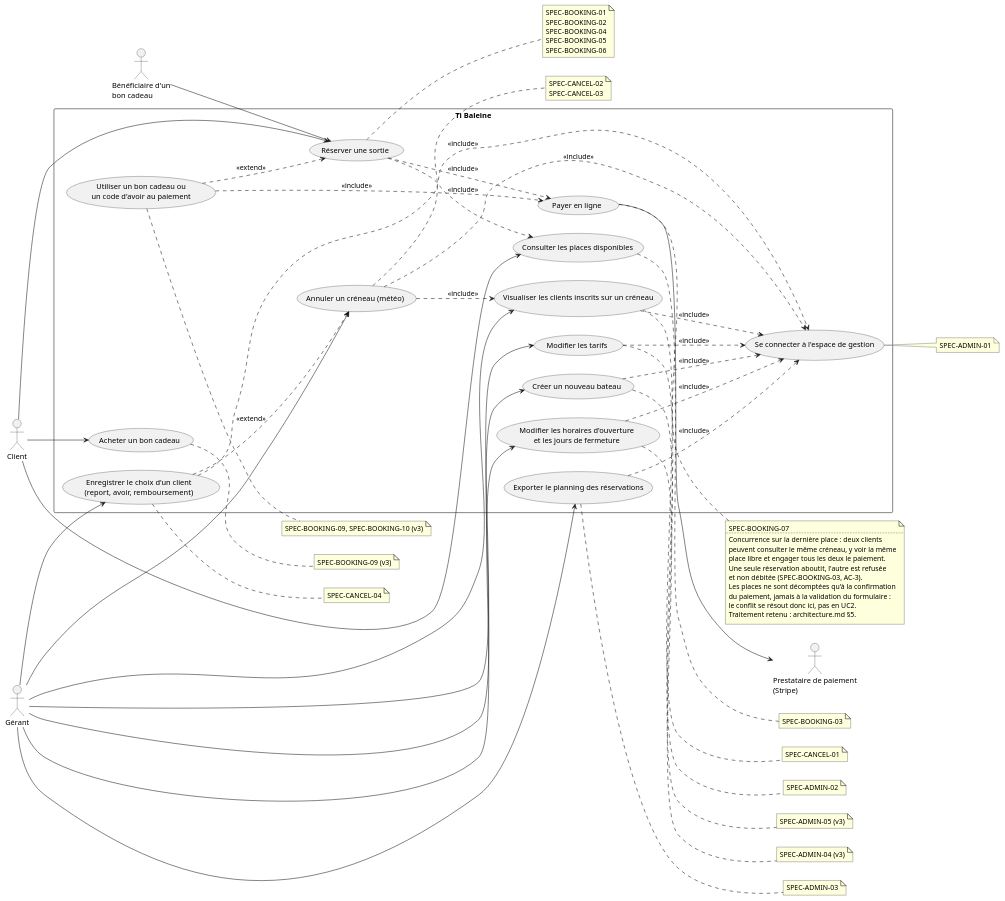
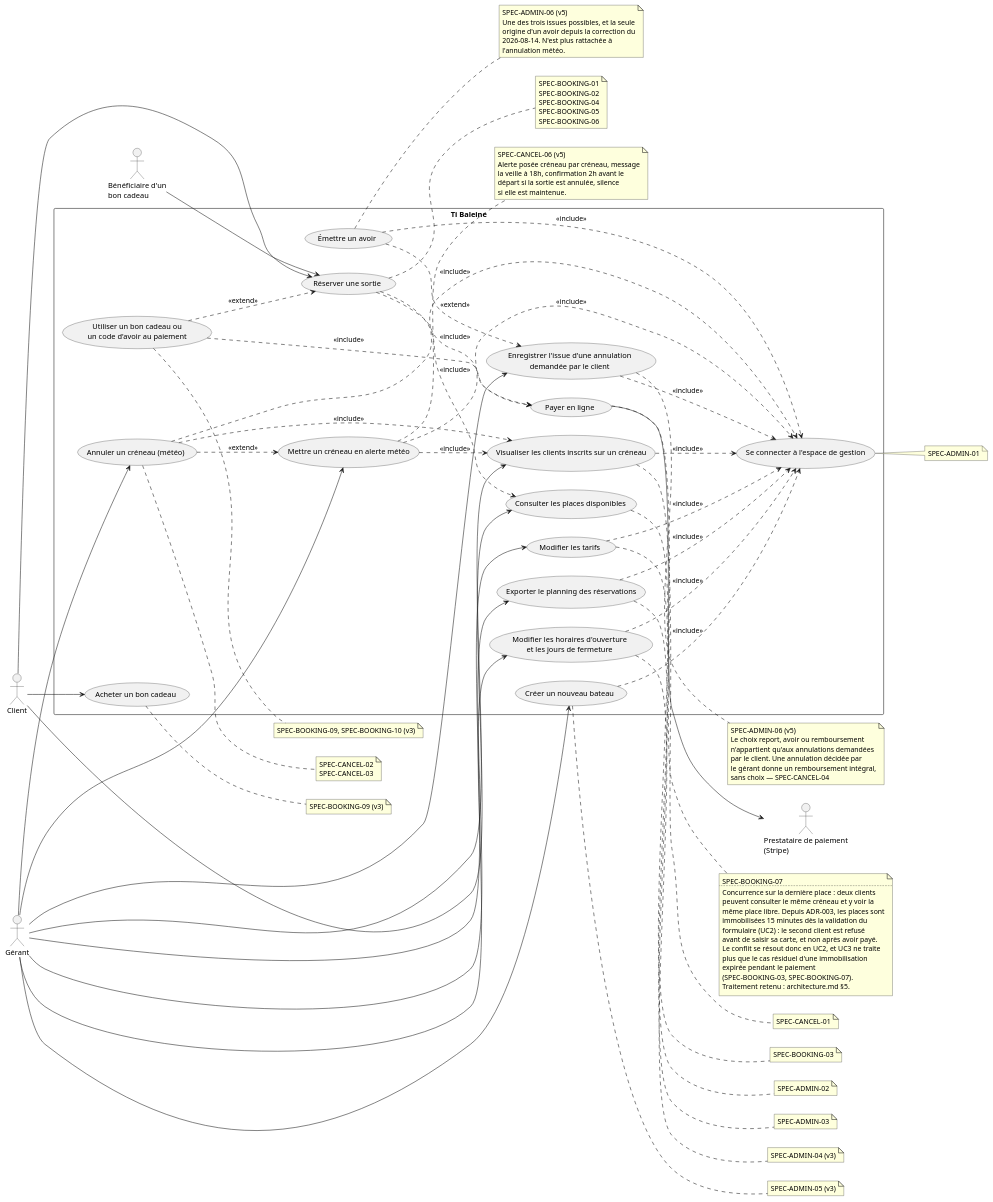
One commit to IamArayel/CDA9-Analyse-et-Conception-d-Applications changed the diagram in docs/uml/use-cases.puml. Above: the diagram before and after it, drawn with PlantUML. The commit also changed 1 other file, not shown here.

Commit message:
docs(uml): aligner domaine et cas d'usage sur la v5

```diff
--- a/docs/uml/use-cases.puml
+++ b/docs/uml/use-cases.puml
@@ -1,125 +1,155 @@
 @startuml use-cases
 ' Diagramme de cas d'utilisation — Ti Baleine
 ' Vocabulaire client (cf. cahier-des-charges.md §13 Glossaire).
 ' Chaque cas cite la/les spécifications qu'il réalise (specs/*.md).
 
 left to right direction
 
 actor "Client" as Client
 actor "Gérant" as Gerant
 actor "Prestataire de paiement\n(Stripe)" as Stripe
 
 actor "Bénéficiaire d'un\nbon cadeau" as Beneficiaire
 
 rectangle "Ti Baleine" {
   usecase "Consulter les places disponibles" as UC1
   usecase "Réserver une sortie" as UC2
   usecase "Payer en ligne" as UC3
   usecase "Se connecter à l'espace de gestion" as UC9
   usecase "Modifier les tarifs" as UC4
   usecase "Exporter le planning des réservations" as UC5
   usecase "Visualiser les clients inscrits sur un créneau" as UC6
   usecase "Annuler un créneau (météo)" as UC7
-  usecase "Enregistrer le choix d'un client\n(report, avoir, remboursement)" as UC8
+  usecase "Enregistrer l'issue d'une annulation\ndemandée par le client" as UC8
   usecase "Acheter un bon cadeau" as UC10
   usecase "Utiliser un bon cadeau ou\nun code d'avoir au paiement" as UC11
   usecase "Modifier les horaires d'ouverture\net les jours de fermeture" as UC12
   usecase "Créer un nouveau bateau" as UC13
+  usecase "Mettre un créneau en alerte météo" as UC14
+  usecase "Émettre un avoir" as UC15
 }
 
 Client --> UC1
 Client --> UC2
 Client --> UC10
 UC2 ..> UC1 : <<include>>
 UC2 ..> UC3 : <<include>>
 UC3 --> Stripe
 
 Beneficiaire --> UC2
 UC11 ..> UC2 : <<extend>>
 UC11 ..> UC3 : <<include>>
 
 Gerant --> UC4
 Gerant --> UC5
 Gerant --> UC6
 Gerant --> UC7
 Gerant --> UC8
 Gerant --> UC12
 Gerant --> UC13
+Gerant --> UC14
 UC7 ..> UC6 : <<include>>
-UC8 ..> UC7 : <<extend>>
+UC15 ..> UC8 : <<extend>>
 UC4 ..> UC9 : <<include>>
 UC5 ..> UC9 : <<include>>
 UC6 ..> UC9 : <<include>>
 UC7 ..> UC9 : <<include>>
 UC8 ..> UC9 : <<include>>
 UC12 ..> UC9 : <<include>>
 UC13 ..> UC9 : <<include>>
+UC14 ..> UC9 : <<include>>
+UC15 ..> UC9 : <<include>>
+UC14 ..> UC6 : <<include>>
+UC7 ..> UC14 : <<extend>>
 
 note right of UC1
   SPEC-BOOKING-03
 end note
 
 note right of UC2
   SPEC-BOOKING-01
   SPEC-BOOKING-02
   SPEC-BOOKING-04
   SPEC-BOOKING-05
   SPEC-BOOKING-06
 end note
 
 note right of UC3
   SPEC-BOOKING-07
   ..
   Concurrence sur la dernière place : deux clients
-  peuvent consulter le même créneau, y voir la même
-  place libre et engager tous les deux le paiement.
-  Une seule réservation aboutit, l'autre est refusée
-  et non débitée (SPEC-BOOKING-03, AC-3).
-  Les places ne sont décomptées qu'à la confirmation
-  du paiement, jamais à la validation du formulaire :
-  le conflit se résout donc ici, pas en UC2.
+  peuvent consulter le même créneau et y voir la
+  même place libre. Depuis ADR-003, les places sont
+  immobilisées 15 minutes dès la validation du
+  formulaire (UC2) : le second client est refusé
+  avant de saisir sa carte, et non après avoir payé.
+  Le conflit se résout donc en UC2, et UC3 ne traite
+  plus que le cas résiduel d'une immobilisation
+  expirée pendant le paiement
+  (SPEC-BOOKING-03, SPEC-BOOKING-07).
   Traitement retenu : architecture.md §5.
 end note
 
 note right of UC9
   SPEC-ADMIN-01
 end note
 
 note right of UC4
   SPEC-ADMIN-02
 end note
 
 note right of UC5
   SPEC-ADMIN-03
 end note
 
 note right of UC6
   SPEC-CANCEL-01
 end note
 
 note right of UC7
   SPEC-CANCEL-02
   SPEC-CANCEL-03
 end note
 
 note right of UC8
-  SPEC-CANCEL-04
+  SPEC-ADMIN-06 (v5)
+  Le choix report, avoir ou remboursement
+  n'appartient qu'aux annulations demandées
+  par le client. Une annulation décidée par
+  le gérant donne un remboursement intégral,
+  sans choix — SPEC-CANCEL-04
+end note
+
+note right of UC14
+  SPEC-CANCEL-06 (v5)
+  Alerte posée créneau par créneau, message
+  la veille à 18h, confirmation 2h avant le
+  départ si la sortie est annulée, silence
+  si elle est maintenue.
+end note
+
+note right of UC15
+  SPEC-ADMIN-06 (v5)
+  Une des trois issues possibles, et la seule
+  origine d'un avoir depuis la correction du
+  2026-08-14. N'est plus rattachée à
+  l'annulation météo.
 end note
 
 note right of UC10
   SPEC-BOOKING-09 (v3)
 end note
 
 note right of UC11
   SPEC-BOOKING-09, SPEC-BOOKING-10 (v3)
 end note
 
 note right of UC12
   SPEC-ADMIN-04 (v3)
 end note
 
 note right of UC13
   SPEC-ADMIN-05 (v3)
 end note
 
 @enduml
```
